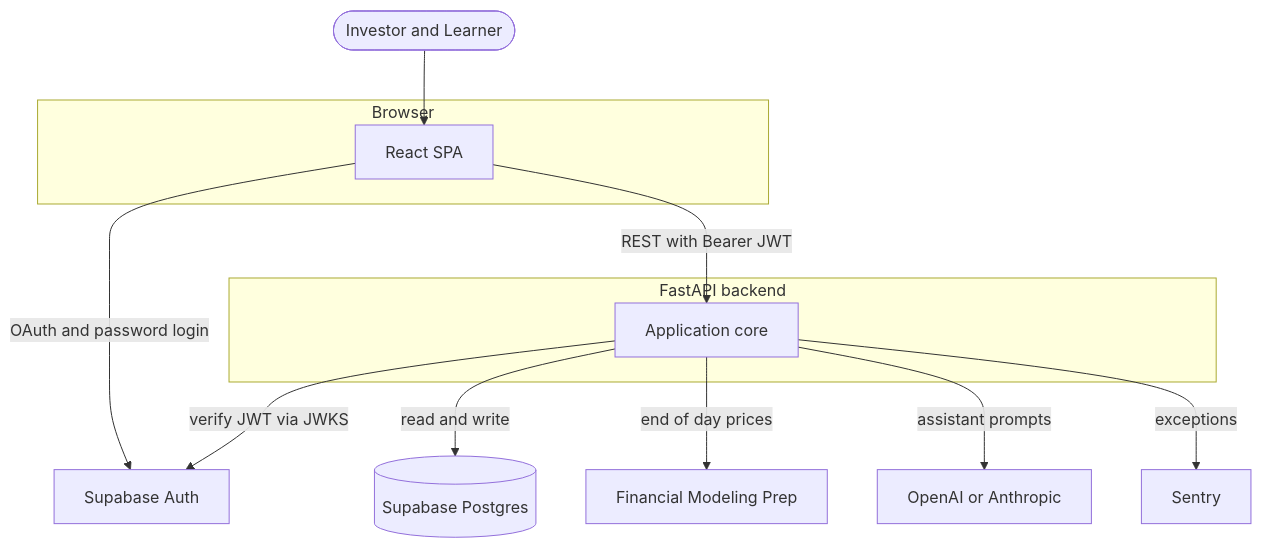
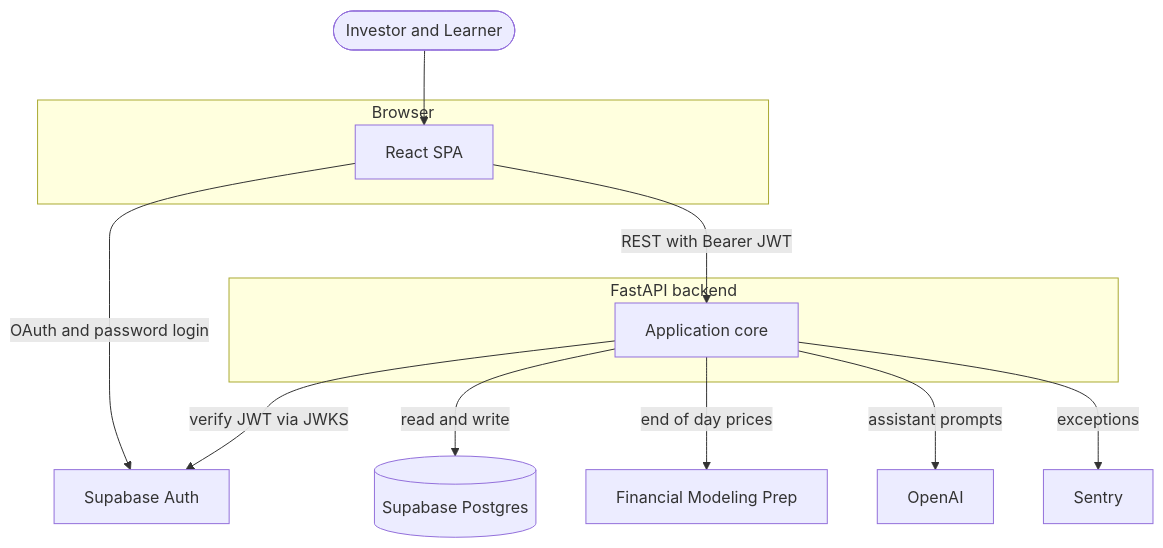
The first of 8 diagrams in ARCHITECTURE.md (jadencutinha/optimal-portfolio), drawn with Mermaid before and after one commit. The commit also changed other lines of this file and 5 other files, not shown here.

Commit message:
updated architecture diagrams

````diff
--- a/ARCHITECTURE.md
+++ b/ARCHITECTURE.md
@@ -52,27 +52,27 @@
 ```mermaid
 flowchart TD
     User(["Investor and Learner"])
 
     subgraph Browser["Browser"]
       FE["React SPA"]
     end
 
     subgraph API["FastAPI backend"]
       APP["Application core"]
     end
 
     Auth["Supabase Auth"]
     DB[("Supabase Postgres")]
     FMP["Financial Modeling Prep"]
-    LLM["OpenAI or Anthropic"]
+    LLM["OpenAI"]
     Sentry["Sentry"]
 
     User --> FE
     FE -->|"OAuth and password login"| Auth
     FE -->|"REST with Bearer JWT"| APP
     APP -->|"verify JWT via JWKS"| Auth
     APP -->|"read and write"| DB
     APP -->|"end of day prices"| FMP
     APP -->|"assistant prompts"| LLM
     APP -->|"exceptions"| Sentry
 ```
````
